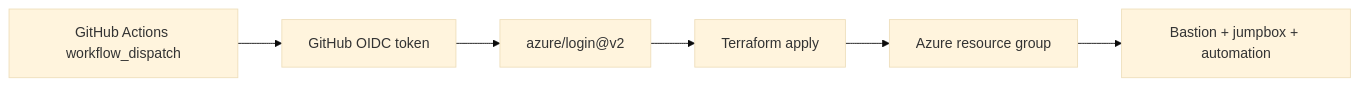
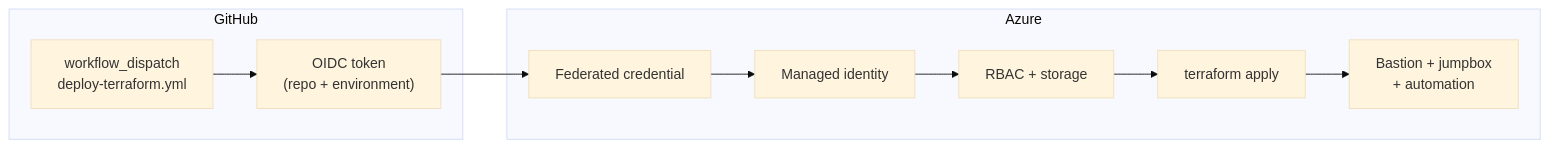
Before and after one commit to bcgov/eo-dmi-alz-bastion-jumpbox: the seventh of 8 diagrams in README.md, drawn with Mermaid (base theme). The commit also changed other lines of this file and 1 other file, not shown here.

````diff
--- a/README.md
+++ b/README.md
@@ -601,11 +648,16 @@
 ```mermaid
 flowchart LR
-  gha[GitHub Actions workflow_dispatch]
-  oidc[GitHub OIDC token]
-  azureLogin["azure/login@v2"]
-  terraform[Terraform apply]
-  rg[Azure resource group]
-  resources[Bastion + jumpbox + automation]
+  subgraph GH[GitHub]
+    wf["workflow_dispatch<br/>deploy-terraform.yml"]
+    oidc["OIDC token<br/>(repo + environment)"]
+  end
+  subgraph AZ[Azure]
+    fed["Federated credential"]
+    mi["Managed identity"]
+    rbac["RBAC + storage"]
+    tf["terraform apply"]
+    out["Bastion + jumpbox<br/>+ automation"]
+  end
 
-  gha --> oidc --> azureLogin --> terraform --> rg --> resources
+  wf --> oidc --> fed --> mi --> rbac --> tf --> out
 ```
````
